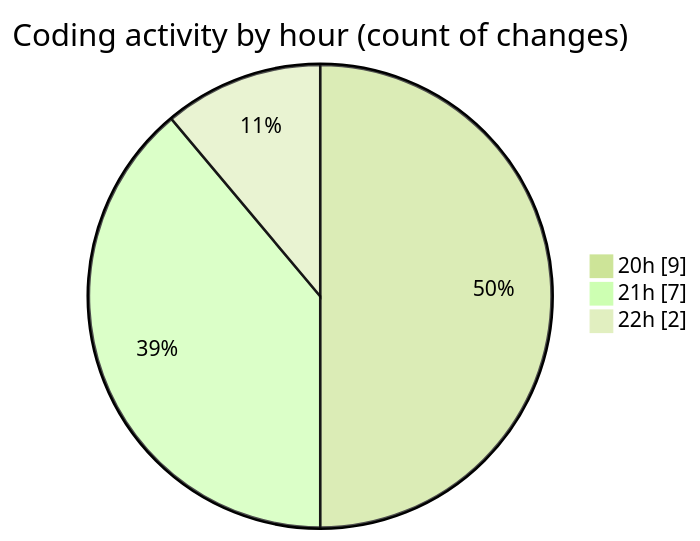
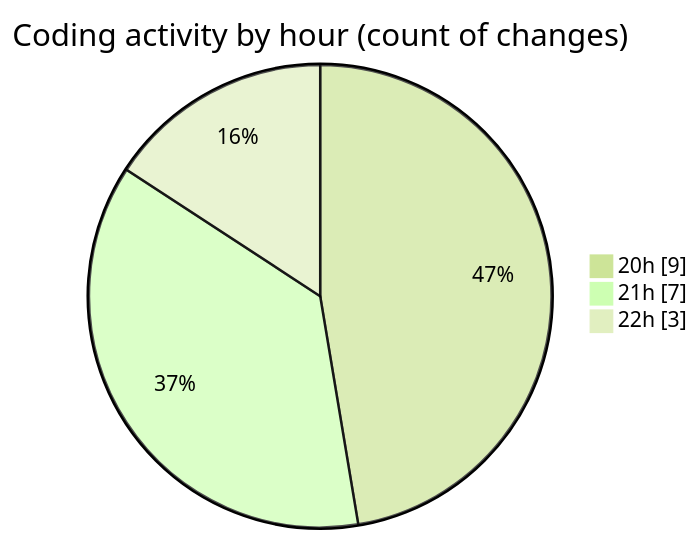
One commit to Ritupan-Deka/code-tracking changed the second of 2 diagrams in 2025-05-21/filetransfer/README.md. Above: the diagram before and after it, drawn with Mermaid (forest theme). The commit also changed other lines of this file and 1 other file, not shown here.

````diff
--- a/2025-05-21/filetransfer/README.md
+++ b/2025-05-21/filetransfer/README.md
@@ -31,7 +31,7 @@
 ```mermaid
 pie showData
 title Coding activity by hour (count of changes)
 "20h" : 9
 "21h" : 7
-"22h" : 2
+"22h" : 3
 ```
````
